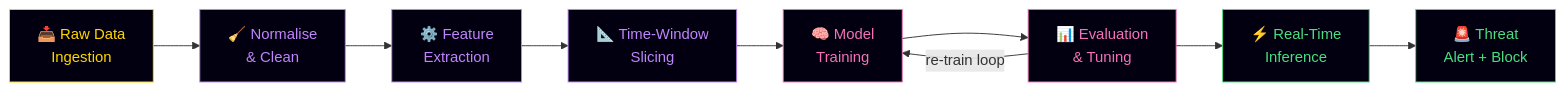
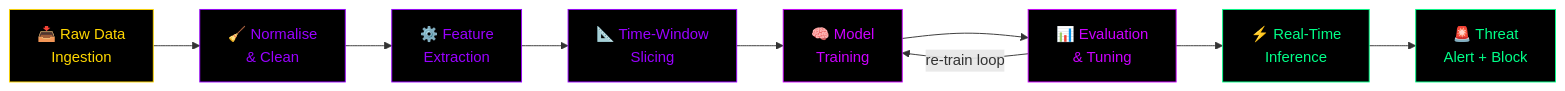
One commit to LuthandoCandlovu/LuthandoCandlovu changed the second of 5 diagrams in README.md. Above: the diagram before and after it, drawn with Mermaid. The commit also changed other lines of this file, not shown here.

````diff
--- a/README.md
+++ b/README.md
@@ -451,20 +458,20 @@
 ```mermaid
 flowchart LR
     RAW["📥 Raw Data<br/>Ingestion"]:::input
     CLEAN["🧹 Normalise<br/>& Clean"]:::process
     FEAT["⚙️ Feature<br/>Extraction"]:::process
     WINDOW["📐 Time-Window<br/>Slicing"]:::process
     TRAIN["🧠 Model<br/>Training"]:::model
     EVAL["📊 Evaluation<br/>& Tuning"]:::model
     INFER["⚡ Real-Time<br/>Inference"]:::output
     ALERT["🚨 Threat<br/>Alert + Block"]:::output
 
     RAW --> CLEAN --> FEAT --> WINDOW --> TRAIN --> EVAL
     EVAL -->|"re-train loop"| TRAIN
     EVAL --> INFER --> ALERT
 
-    classDef input fill:#020010,stroke:#FFD700,color:#FFD700
-    classDef process fill:#020010,stroke:#c084fc,color:#c084fc
-    classDef model fill:#020010,stroke:#f472b6,color:#f472b6
-    classDef output fill:#020010,stroke:#4ADE80,color:#4ADE80
+    classDef input fill:#000000,stroke:#FFD700,color:#FFD700
+    classDef process fill:#000000,stroke:#9900ff,color:#9900ff
+    classDef model fill:#000000,stroke:#cc00ff,color:#cc00ff
+    classDef output fill:#000000,stroke:#00ff88,color:#00ff88
 ```
````
